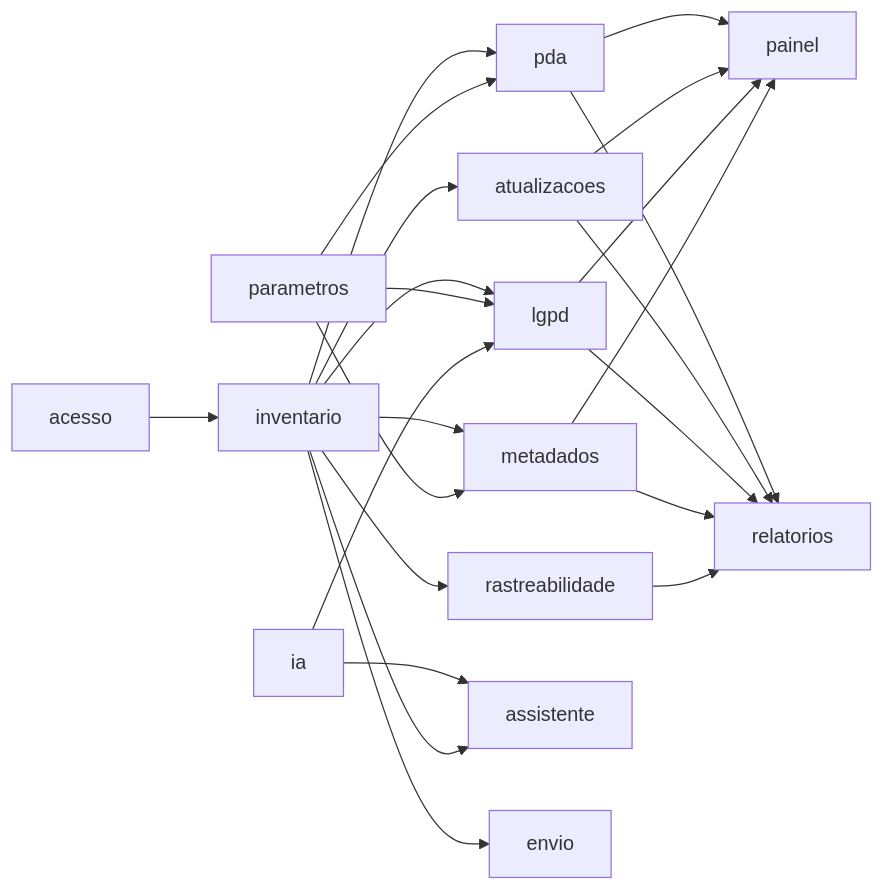
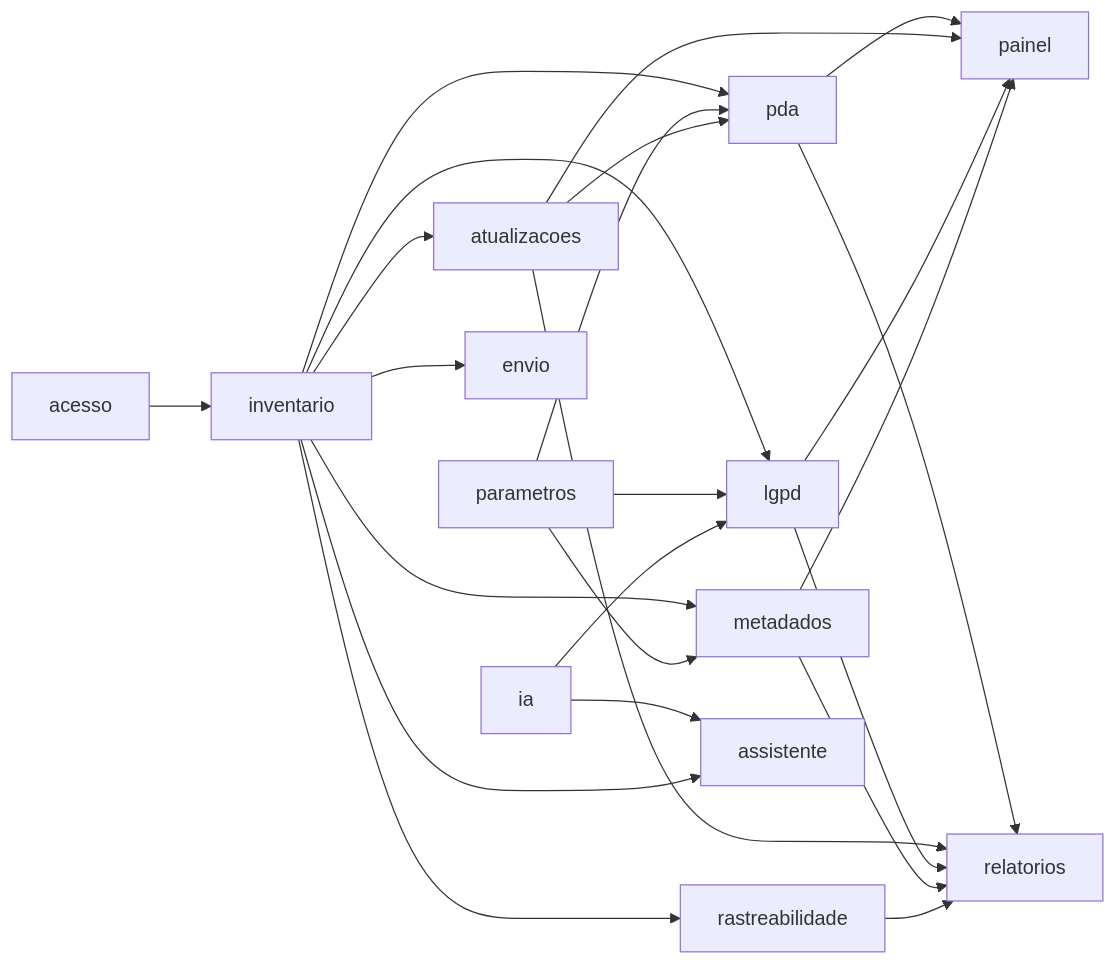
Before and after one commit to Joaofelipeperes/Squad2: the diagram in produtofinal/docs/modulos/README.md, drawn with Mermaid. The commit also changed other lines of this file and 34 other files, not shown here.

````diff
--- a/produtofinal/docs/modulos/README.md
+++ b/produtofinal/docs/modulos/README.md
@@ -25,11 +26,12 @@
 ```mermaid
 flowchart LR
   acesso --> inventario
   inventario --> pda & atualizacoes & lgpd & metadados & rastreabilidade
   parametros --> pda & lgpd & metadados
+  atualizacoes --> pda
   ia --> lgpd & assistente
   pda & atualizacoes & lgpd & metadados --> painel
   pda & atualizacoes & lgpd & metadados & rastreabilidade --> relatorios
   inventario --> assistente
   inventario --> envio
 ```
````
